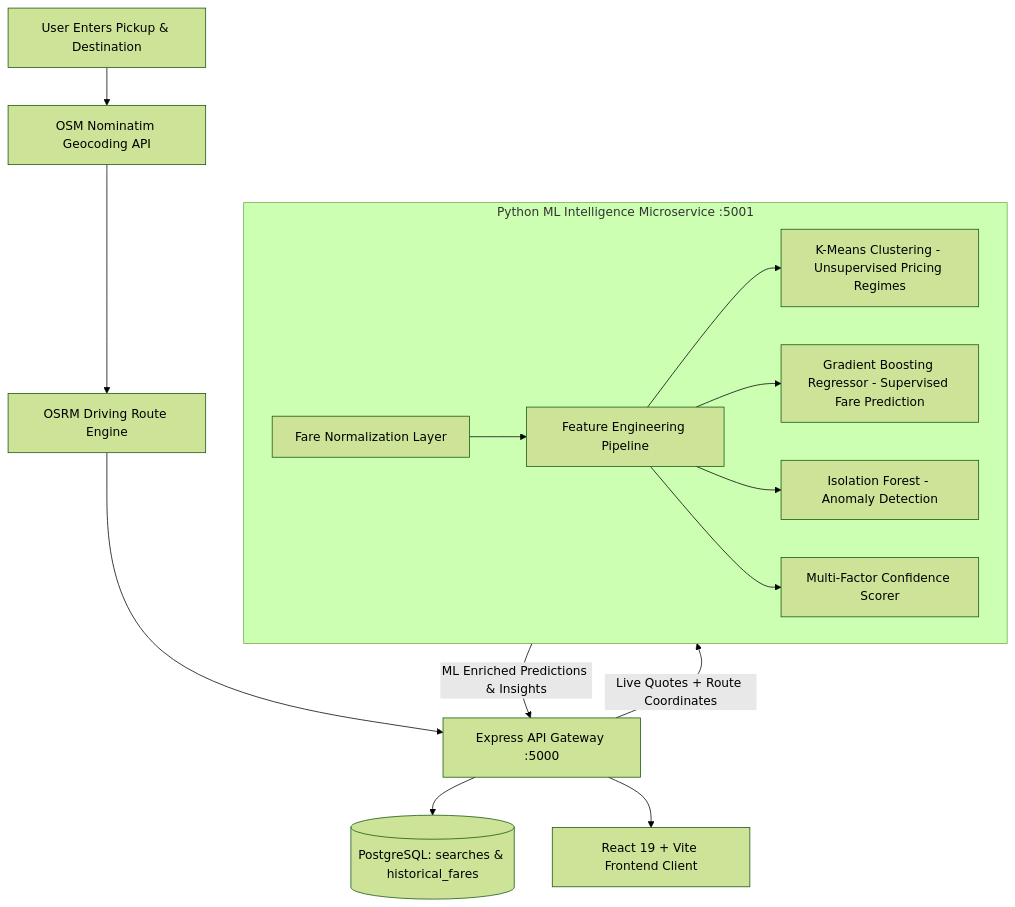
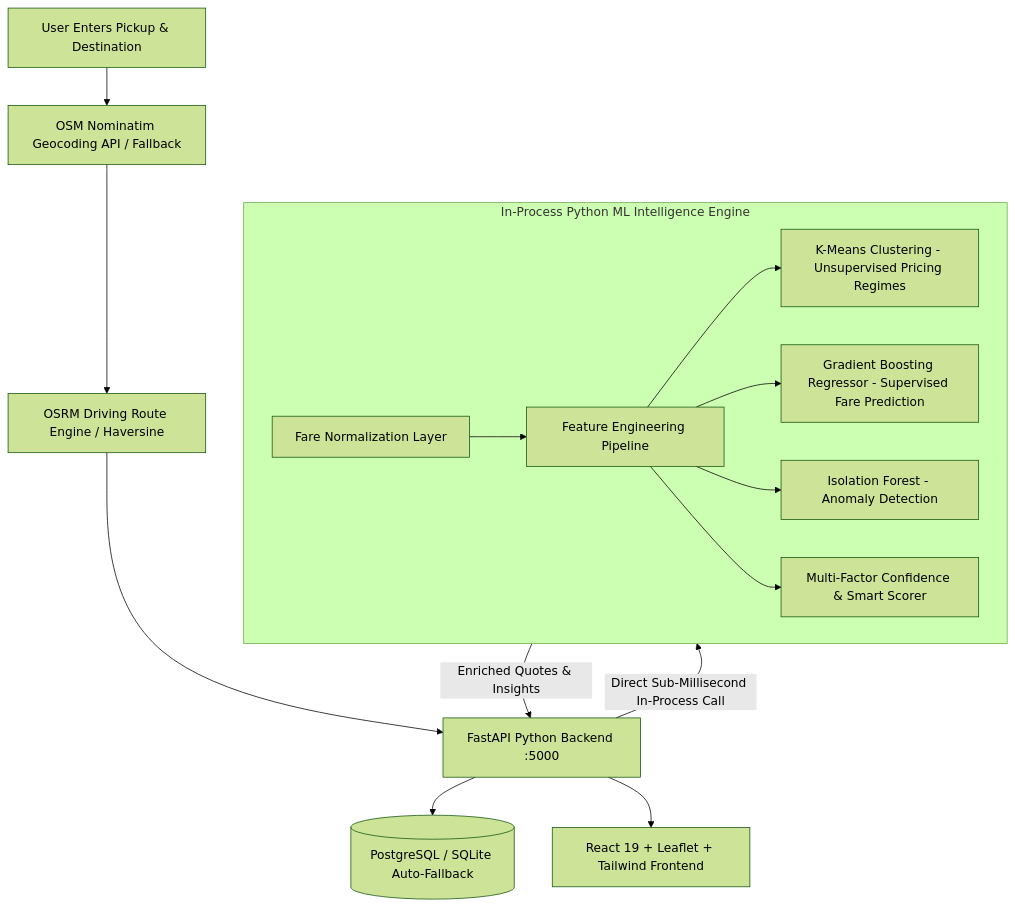
Before and after one commit to siddharthx29/RideCompare-Taxi-Fare-Comparison-web-app: the diagram in README.md, drawn with Mermaid (forest theme). The commit also changed other lines of this file and 20 other files, not shown here.

Commit message:
Complete 100% Python backend migration (FastAPI + SQLAlchemy + ML) and UI retention

````diff
--- a/README.md
+++ b/README.md
@@ -9,26 +11,26 @@
 ```mermaid
 flowchart TD
-    UserRequest[User Enters Pickup & Destination] --> Nominatim[OSM Nominatim Geocoding API]
-    Nominatim --> OSRM[OSRM Driving Route Engine]
-    OSRM --> ExpressBackend[Express API Gateway :5000]
+    UserRequest[User Enters Pickup & Destination] --> Nominatim[OSM Nominatim Geocoding API / Fallback]
+    Nominatim --> OSRM[OSRM Driving Route Engine / Haversine]
+    OSRM --> FastAPISystem[FastAPI Python Backend :5000]
 
-    subgraph ML_Microservice [Python ML Intelligence Microservice :5001]
+    subgraph ML_Subsystem [In-Process Python ML Intelligence Engine]
         Normalizer[Fare Normalization Layer]
         FeatEng[Feature Engineering Pipeline]
         KMeans[K-Means Clustering - Unsupervised Pricing Regimes]
         GBRegressor[Gradient Boosting Regressor - Supervised Fare Prediction]
         IsoForest[Isolation Forest - Anomaly Detection]
-        Confidence[Multi-Factor Confidence Scorer]
+        Confidence[Multi-Factor Confidence & Smart Scorer]
         
         Normalizer --> FeatEng
         FeatEng --> KMeans
         FeatEng --> GBRegressor
         FeatEng --> IsoForest
         FeatEng --> Confidence
     end
 
-    ExpressBackend -->|Live Quotes + Route Coordinates| ML_Microservice
-    ML_Microservice -->|ML Enriched Predictions & Insights| ExpressBackend
-    ExpressBackend --> PostgreSQL[(PostgreSQL: searches & historical_fares)]
-    ExpressBackend --> ReactFrontend[React 19 + Vite Frontend Client]
+    FastAPISystem -->|Direct Sub-Millisecond In-Process Call| ML_Subsystem
+    ML_Subsystem -->|Enriched Quotes & Insights| FastAPISystem
+    FastAPISystem --> DB[(PostgreSQL / SQLite Auto-Fallback)]
+    FastAPISystem --> ReactFrontend[React 19 + Leaflet + Tailwind Frontend]
 ```
````
